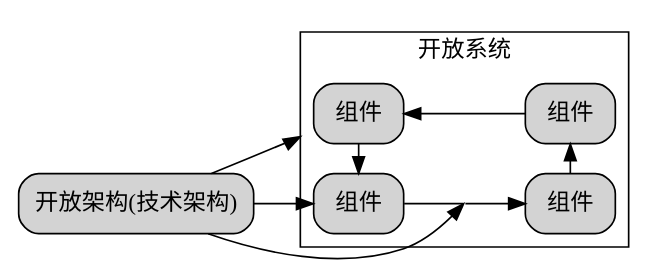
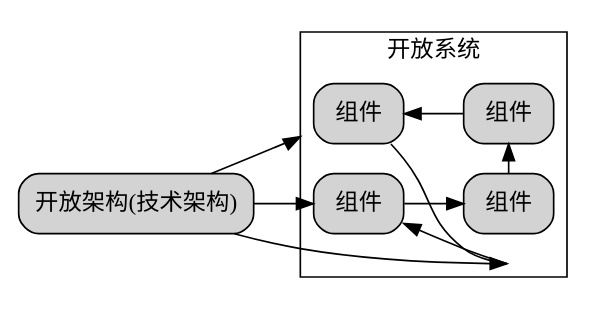
One commit to chaozhang2000/soa changed the diagram in parts/definition1.dot. Above: the diagram before and after it, drawn with Graphviz. The commit also changed 2 other files, not shown here.

```diff
--- a/parts/definition1.dot
+++ b/parts/definition1.dot
@@ -1,52 +1,51 @@
 digraph G {
   graph [rankdir=LR,compound=true];
   node [shape=box, style="rounded,filled"];
   
   subgraph cluster_system1{
     label="开放系统"
     node1[label="组件"]
     node2[label="组件"] 
     node3[label="组件"]
     node4[label="组件"]
     
     // 创建不可见节点
     invis_node [shape=point, width=0, height=0, label=""]
     
     // 重新连接节点，在node1和node2之间插入不可见节点
-    node1 -> invis_node [dir=none]  // dir=none 表示没有箭头
-    invis_node -> node2
-    
+    node1 -> node2
     node2 -> node3
     node3 -> node4
-    node4 -> node1
+    node4 -> invis_node [dir=none]  // dir=none 表示没有箭头node1
+    invis_node->node1
     
     {rank=same;node1;node4}
     {rank=same;node2;node3}
   }
 TA[label="开放架构(技术架构)"]
 TA->node1
 TA->invis_node
 TA->node4[lhead="cluster_system1"]
   
   // 示例：如何连接到隐藏节点
   // external_node -> invis_node
 }
 /*
 digraph G {
   graph [rankdir=LR,compound=true];
   node [shape=box, style="rounded,filled"];
 subgraph cluster_MOSA_benefits{
 	label="系统"
 	node1[label="组件"]
 	node2[label="组件"]
 	node3[label="组件"]
 	node4[label="组件"]
 	node1 -> node2
 	node2->node3
 	node3 ->node4
 	node4 -> node1
 	{rank=same;node1;node4}
 	{rank=same;node2;node3}
 }
 TA[label="开放架构(技术架构)"]
 }*/
```
